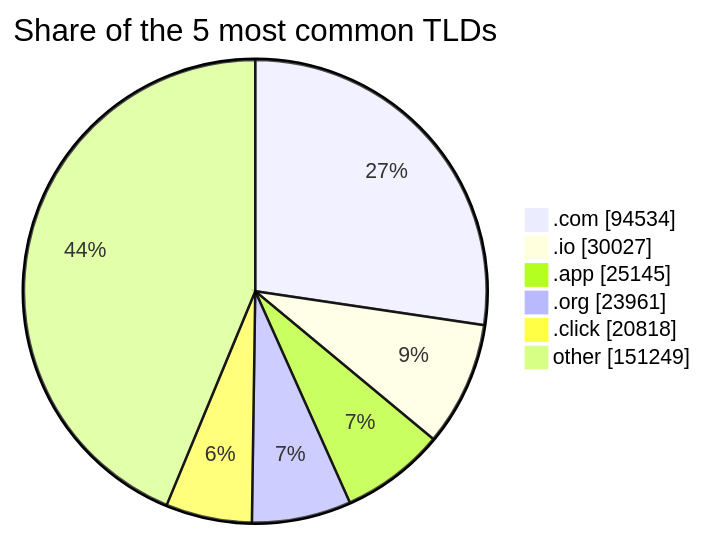
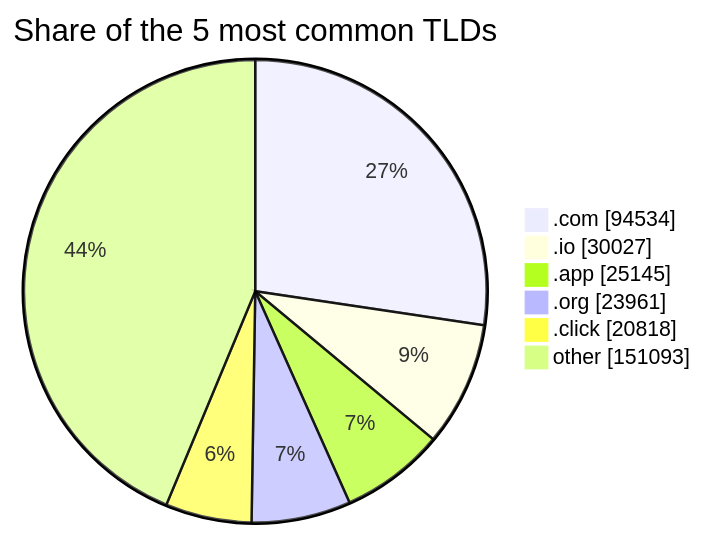
The third of 3 diagrams in README.md (DNSBunker/CTI), drawn with Mermaid before and after one commit. The commit also changed other lines of this file and 3 other files, not shown here.

````diff
--- a/README.md
+++ b/README.md
@@ -81,9 +81,9 @@
 ```mermaid
 pie showData title Share of the 5 most common TLDs
     ".com" : 94534
     ".io" : 30027
     ".app" : 25145
     ".org" : 23961
     ".click" : 20818
-    "other" : 151249
+    "other" : 151093
 ```
````
